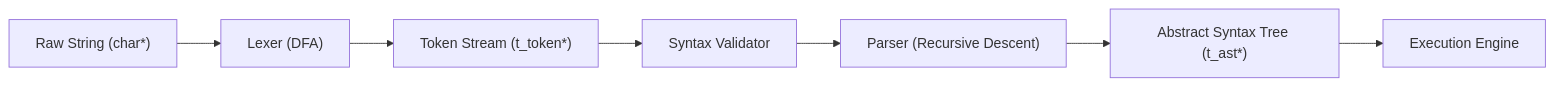
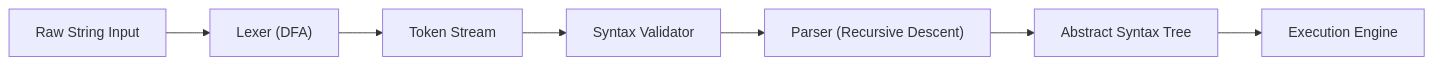
Before and after one commit to 42GS/minishell-wiki: the first of 2 diagrams in wiki/architecture/01_parser_and_ast.md, drawn with Mermaid. The commit also changed other lines of this file and 10 other files, not shown here.

Commit message:
[#1] fix(docs): resolve all mermaid syntax errors and broken render issues across wiki

````diff
--- a/wiki/architecture/01_parser_and_ast.md
+++ b/wiki/architecture/01_parser_and_ast.md
@@ -13,9 +13,9 @@
 ```mermaid
 flowchart LR
-    Input["Raw String (char*)"] --> Lexer["Lexer (DFA)"]
-    Lexer --> Tokens["Token Stream (t_token*)"]
+    Input["Raw String Input"] --> Lexer["Lexer (DFA)"]
+    Lexer --> Tokens["Token Stream"]
     Tokens --> Syntax["Syntax Validator"]
     Syntax --> Parser["Parser (Recursive Descent)"]
-    Parser --> AST["Abstract Syntax Tree (t_ast*)"]
+    Parser --> AST["Abstract Syntax Tree"]
     AST --> Executor["Execution Engine"]
 ```
````
